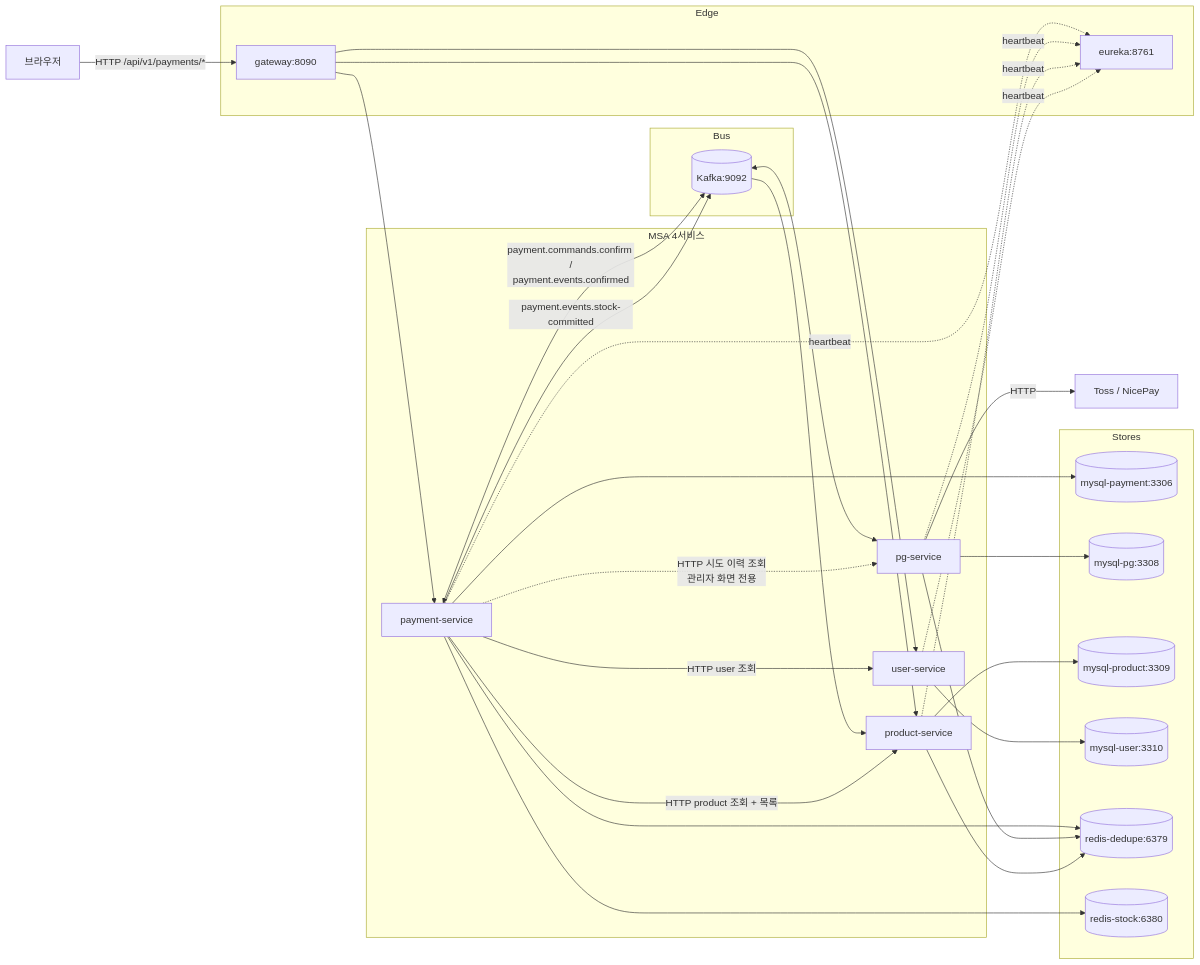
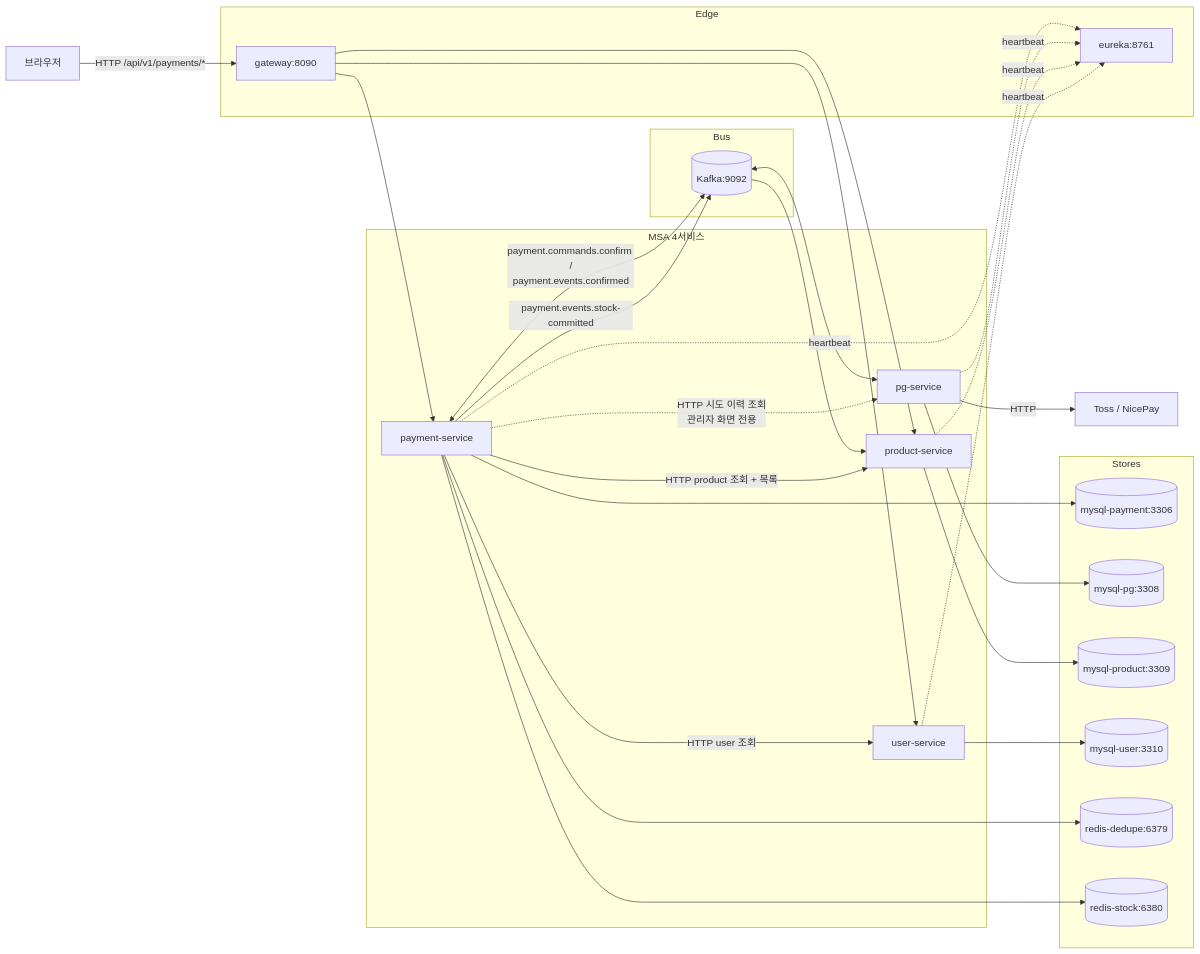
Before and after one commit to hyoguoo/payment-platform: the diagram in docs/context/ARCHITECTURE.md, drawn with Mermaid. The commit also changed other lines of this file and 12 other files, not shown here.

````diff
--- a/docs/context/ARCHITECTURE.md
+++ b/docs/context/ARCHITECTURE.md
@@ -22,53 +22,51 @@
 ```mermaid
 flowchart LR
     Browser["브라우저"]
 
     subgraph Edge
         GW["gateway:8090"]
         E["eureka:8761"]
     end
 
     subgraph Apps["MSA 4서비스"]
         Pay["payment-service"]
         Pg["pg-service"]
         Prod["product-service"]
         Usr["user-service"]
     end
 
     subgraph Stores
         MyP[("mysql-payment:3306")]
         MyG[("mysql-pg:3308")]
         MyPr[("mysql-product:3309")]
         MyU[("mysql-user:3310")]
         RedD[("redis-dedupe:6379")]
         RedS[("redis-stock:6380")]
     end
 
     subgraph Bus
         K[("Kafka:9092")]
     end
 
     Browser -->|"HTTP /api/v1/payments/*"| GW
     GW --> Pay & Prod & Usr
     Pay & Pg & Prod & Usr -. heartbeat .-> E
 
     Pay --> MyP
     Pg  --> MyG
     Prod --> MyPr
     Usr --> MyU
 
     Pay --> RedD
-    Pg  --> RedD
-    Prod --> RedD
     Pay --> RedS
 
     Pay <-->|"payment.commands.confirm /\npayment.events.confirmed"| K
     K <--> Pg
     Pay -->|"payment.events.stock-committed"| K
     K --> Prod
 
     Pg -->|HTTP| Vendor["Toss / NicePay"]
     Pay -->|HTTP product 조회 + 목록| Prod
     Pay -->|HTTP user 조회| Usr
     Pay -.->|"HTTP 시도 이력 조회<br/>관리자 화면 전용"| Pg
 ```
````
